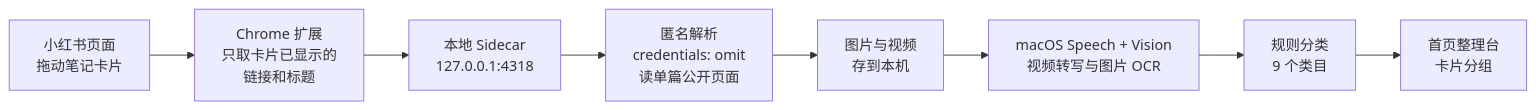
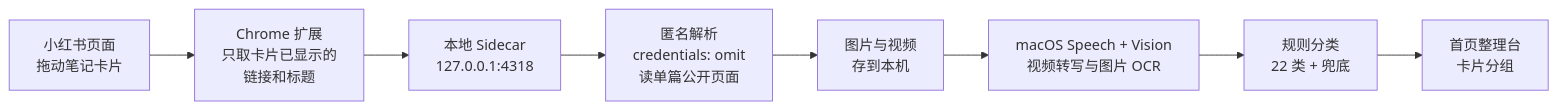
One commit to sexyfeifan/Kanbox changed the diagram in README.md. Above: the diagram before and after it, drawn with Mermaid. The commit also changed other lines of this file and 1 other file, not shown here.

````diff
--- a/README.md
+++ b/README.md
@@ -207,10 +233,10 @@
 ```mermaid
 flowchart LR
     A[小红书页面<br/>拖动笔记卡片] --> B[Chrome 扩展<br/>只取卡片已显示的<br/>链接和标题]
     B --> C[本地 Sidecar<br/>127.0.0.1:4318]
     C --> D[匿名解析<br/>credentials: omit<br/>读单篇公开页面]
     D --> E[图片与视频<br/>存到本机]
     E --> F[macOS Speech + Vision<br/>视频转写与图片 OCR]
-    F --> G[规则分类<br/>9 个类目]
+    F --> G[规则分类<br/>22 类 + 兜底]
     G --> H[首页整理台<br/>卡片分组]
 ```
````
